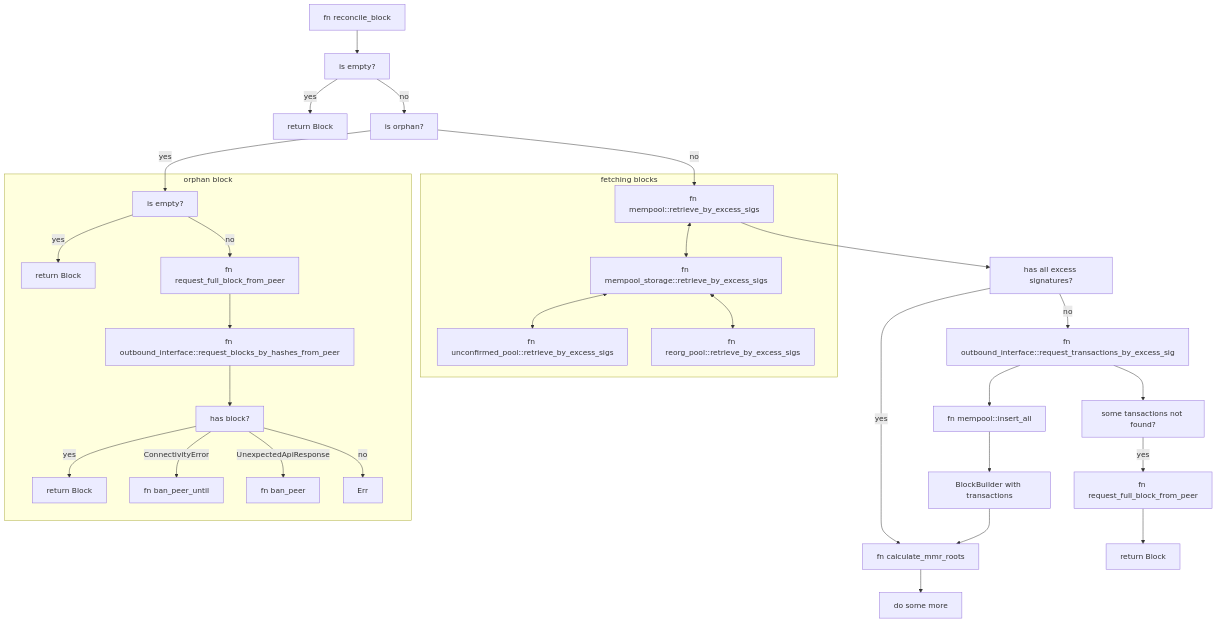
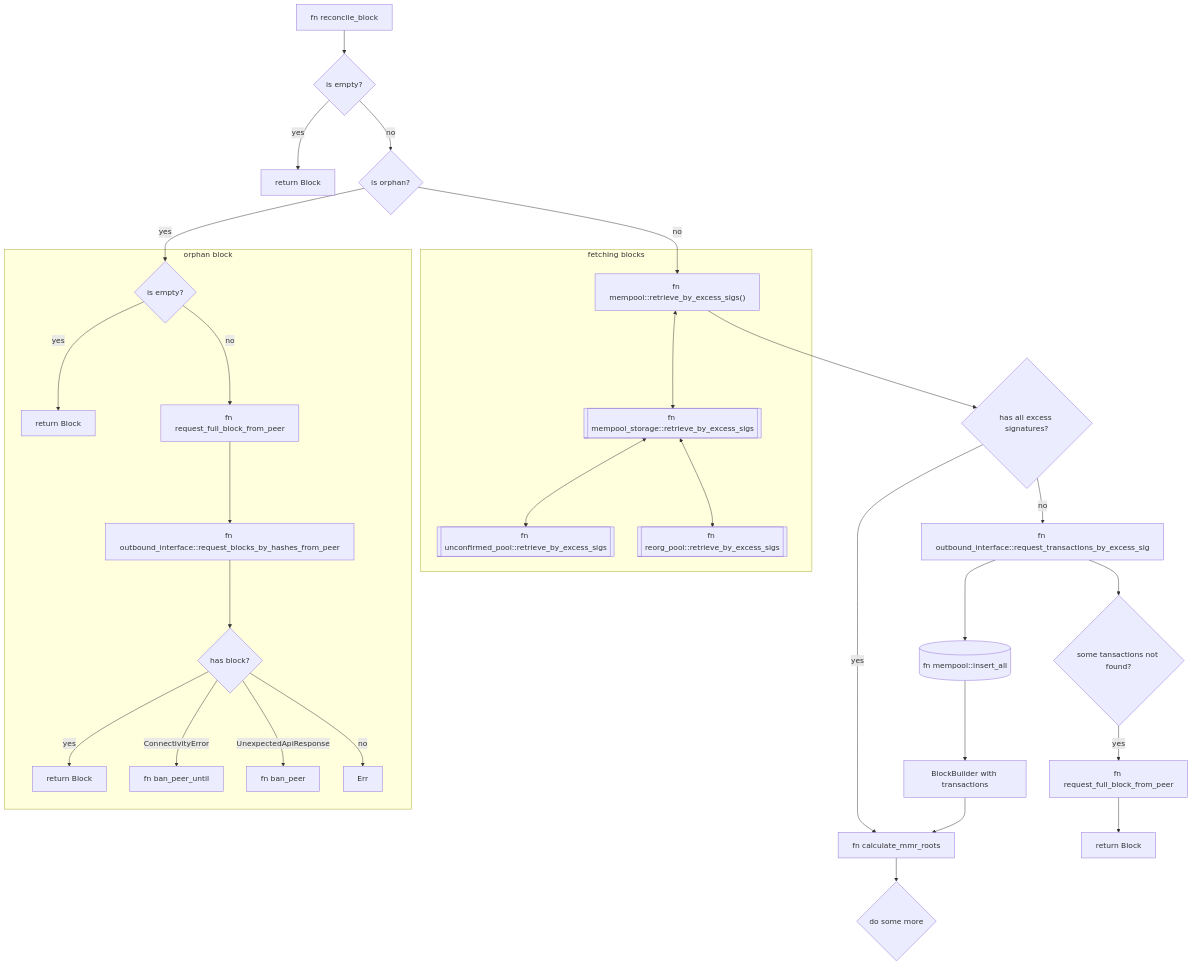
The diagram in docs/src/diagrams/reconcile_block.md (tari-project/tari), drawn with Mermaid before and after one commit.

Commit message:
Change up the formatting

````diff
--- a/docs/src/diagrams/reconcile_block.md
+++ b/docs/src/diagrams/reconcile_block.md
@@ -15,40 +15,40 @@
 ```mermaid
 
 flowchart TD
-    A[fn reconcile_block] --> AA[is empty?]
+    A[fn reconcile_block] --> AA{is empty?}
     AA --yes --> AB[return Block]
-    AA --no --> AC[is orphan?]
+    AA --no --> AC{is orphan?}
     AC --yes --> D
-    AC --no --> B[fn mempool::retrieve_by_excess_sigs]
+    AC --no --> B["fn mempool::retrieve_by_excess_sigs()"]
     
     subgraph fetching blocks
-        B <--> BA[fn mempool_storage::retrieve_by_excess_sigs]
-        BA <--> BB[fn unconfirmed_pool::retrieve_by_excess_sigs]
-        BA <--> BC[fn reorg_pool::retrieve_by_excess_sigs]
+        B <--> BA[[fn mempool_storage::retrieve_by_excess_sigs]]
+        BA <--> BB[[fn unconfirmed_pool::retrieve_by_excess_sigs]]
+        BA <--> BC[[fn reorg_pool::retrieve_by_excess_sigs]]
     end
     
-    B --> C[has all excess signatures?]
+    B --> C{has all excess signatures?}
     C --no --> CA[fn outbound_interface::request_transactions_by_excess_sig]
     C --yes --> CB[fn calculate_mmr_roots]
-    CA --> CC[fn mempool::insert_all]
+    CA --> CC[(fn mempool::insert_all)]
     CC --> CD[BlockBuilder with transactions]
     CD --> CB
-    CA --> CE[some tansactions not found?]
+    CA --> CE{some tansactions not found?}
     CE --yes --> CF[fn request_full_block_from_peer]
     CF --> CG[return Block]
-    CB --> CH[do some more]
+    CB --> CH{do some more}
 
     subgraph orphan block
-        D[is empty?]
+        D{is empty?}
         D --yes --> DA[return Block]
         D --no --> DB[fn request_full_block_from_peer]
         DB --> DC[fn outbound_interface::request_blocks_by_hashes_from_peer]
-        DC --> DD[has block?]
+        DC --> DD{has block?}
         DD --yes --> DE[return Block]
         DD --ConnectivityError --> DF[fn ban_peer_until]
         DD --UnexpectedApiResponse --> DG[fn ban_peer]
         DD --no --> DH[Err]
     end
     
     classDef note fill:#eee,stroke:#ccc
 ```
````
